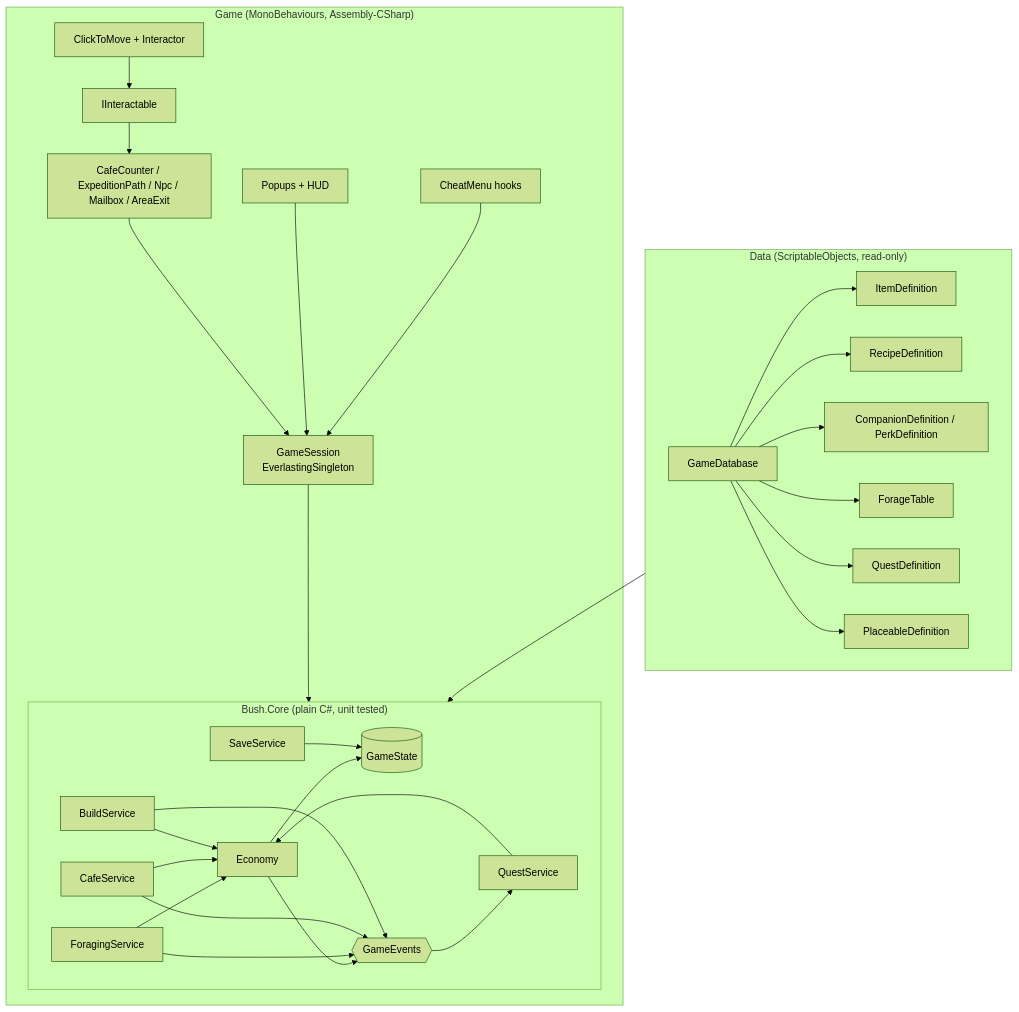
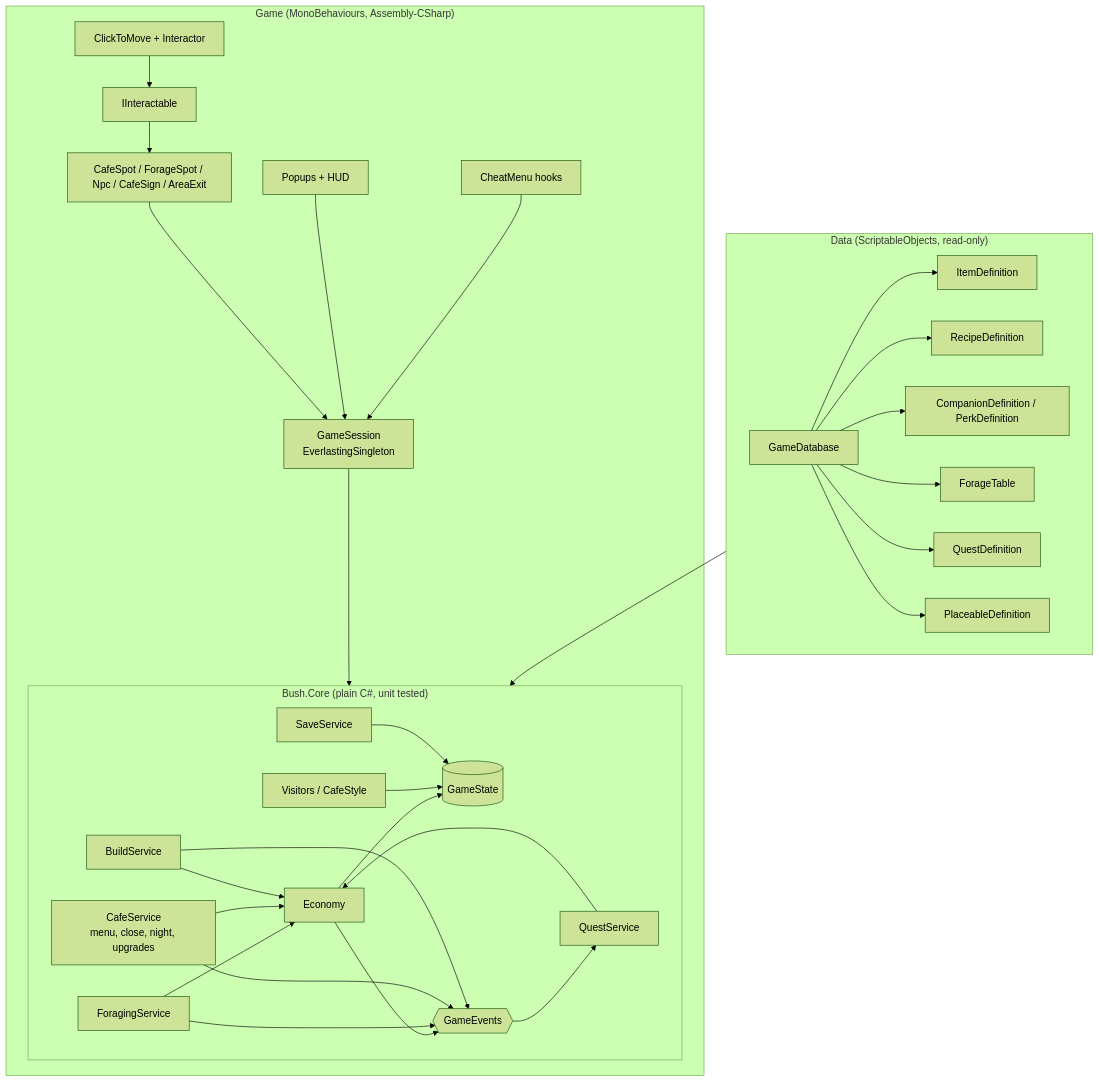
The diagram in docs/ARCHITECTURE.md (Baconeta-Studios/a-little-place-in-the-bush), drawn with Mermaid (forest theme) before and after one commit. The commit also changed other lines of this file and 8 other files, not shown here.

````diff
--- a/docs/ARCHITECTURE.md
+++ b/docs/ARCHITECTURE.md
@@ -9,38 +9,39 @@
 ```mermaid
 flowchart TB
     subgraph Data["Data (ScriptableObjects, read-only)"]
         DB[GameDatabase] --> Items[ItemDefinition]
         DB --> Recipes[RecipeDefinition]
         DB --> Comp[CompanionDefinition / PerkDefinition]
         DB --> Forage[ForageTable]
         DB --> Quests[QuestDefinition]
         DB --> Place[PlaceableDefinition]
     end
 
     subgraph Core["Bush.Core (plain C#, unit tested)"]
         State[(GameState)]
         Eco[Economy] --> State
         Exp[ForagingService] --> Eco
-        Cafe[CafeService] --> Eco
+        Cafe[CafeService<br/>menu, close, night, upgrades] --> Eco
+        Vis[Visitors / CafeStyle] --> State
         Quest[QuestService] --> Eco
         Build[BuildService] --> Eco
         Save[SaveService] --> State
         Events{{GameEvents}}
         Eco --> Events
         Exp --> Events
         Cafe --> Events
         Build --> Events
         Events --> Quest
     end
 
     subgraph Game["Game (MonoBehaviours, Assembly-CSharp)"]
         Session[GameSession<br/>EverlastingSingleton] --> Core
         Player[ClickToMove + Interactor] --> I[IInteractable]
-        I --> Stations[CafeCounter / ExpeditionPath / Npc / Mailbox / AreaExit]
+        I --> Stations[CafeSpot / ForageSpot / Npc / CafeSign / AreaExit]
         Stations --> Session
         UI[Popups + HUD] --> Session
         Cheats[CheatMenu hooks] --> Session
     end
 
     Data --> Core
 ```
````
